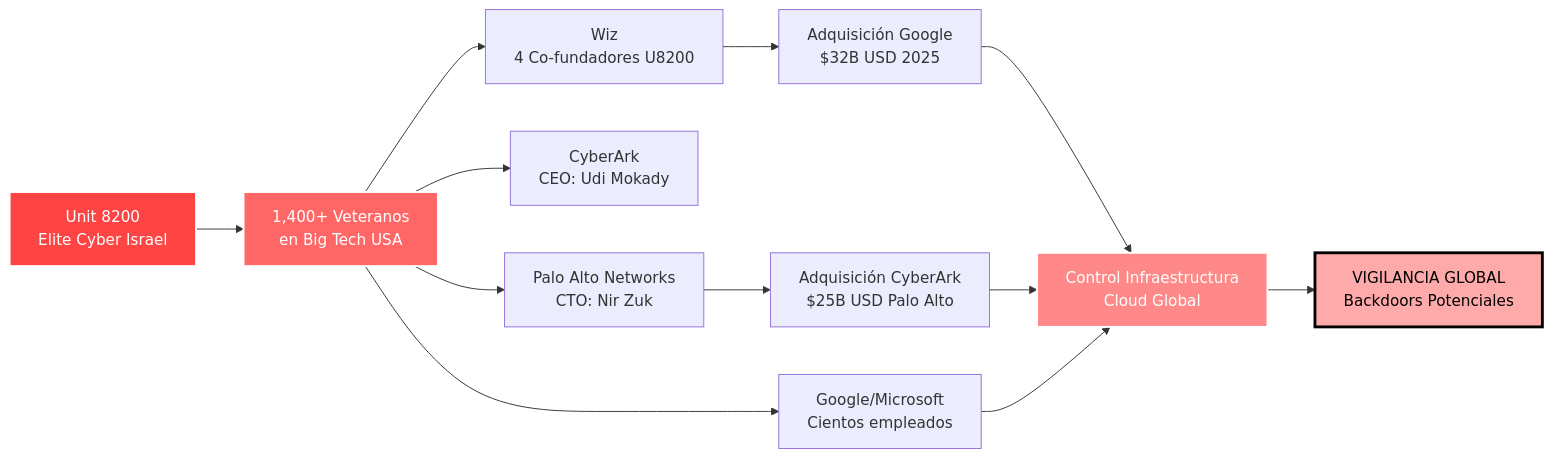
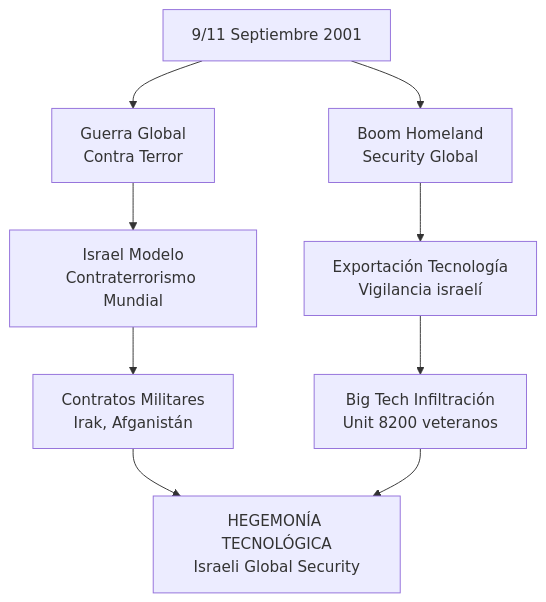
One commit to perpetuocambio/annotations changed the fifth of 54 diagrams in intel/israel_geopolitical_analysis.md. Above: the diagram before and after it, drawn with Mermaid. The commit also changed other lines of this file, not shown here.

````diff
--- a/intel/israel_geopolitical_analysis.md
+++ b/intel/israel_geopolitical_analysis.md
@@ -186,23 +280,14 @@
 ```mermaid
-flowchart LR
-    A[Unit 8200<br/>Elite Cyber Israel] --> B[1,400+ Veteranos<br/>en Big Tech USA]
+flowchart TD
+    A[9/11 Septiembre 2001] --> B[Guerra Global<br/>Contra Terror]
+    A --> C[Boom Homeland<br/>Security Global]
 
-    B --> C[Palo Alto Networks<br/>CTO: Nir Zuk]
-    B --> D[CyberArk<br/>CEO: Udi Mokady]
-    B --> E[Wiz<br/>4 Co-fundadores U8200]
-    B --> F[Google/Microsoft<br/>Cientos empleados]
+    B --> D[Israel Modelo<br/>Contraterrorismo Mundial]
+    C --> E[Exportación Tecnología<br/>Vigilancia israelí]
 
-    E --> G[Adquisición Google<br/>$32B USD 2025]
-    C --> H[Adquisición CyberArk<br/>$25B USD Palo Alto]
+    D --> F[Contratos Militares<br/>Irak, Afganistán]
+    E --> G[Big Tech Infiltración<br/>Unit 8200 veteranos]
 
-    G --> I[Control Infraestructura<br/>Cloud Global]
-    H --> I
-    F --> I
-
-    I --> J[VIGILANCIA GLOBAL<br/>Backdoors Potenciales]
-
-    style A fill:#ff4444,stroke:#fff,stroke-width:2px,color:#fff
-    style B fill:#ff6666,stroke:#fff,stroke-width:2px,color:#fff
-    style I fill:#ff8888,stroke:#fff,stroke-width:2px,color:#fff
-    style J fill:#ffaaaa,stroke:#000,stroke-width:3px,color:#000
+    F --> H[HEGEMONÍA TECNOLÓGICA<br/>Israeli Global Security]
+    G --> H
 ```
````
